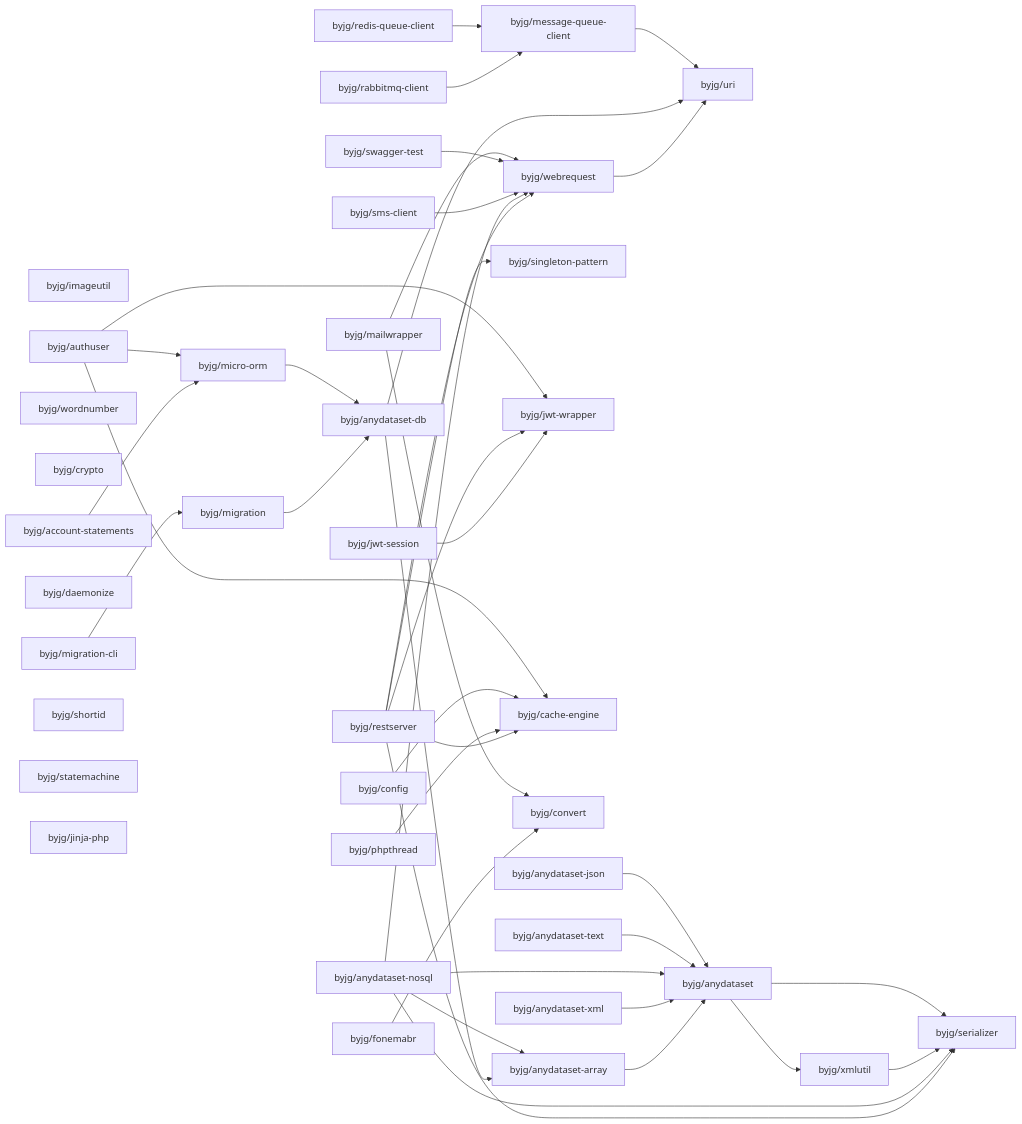
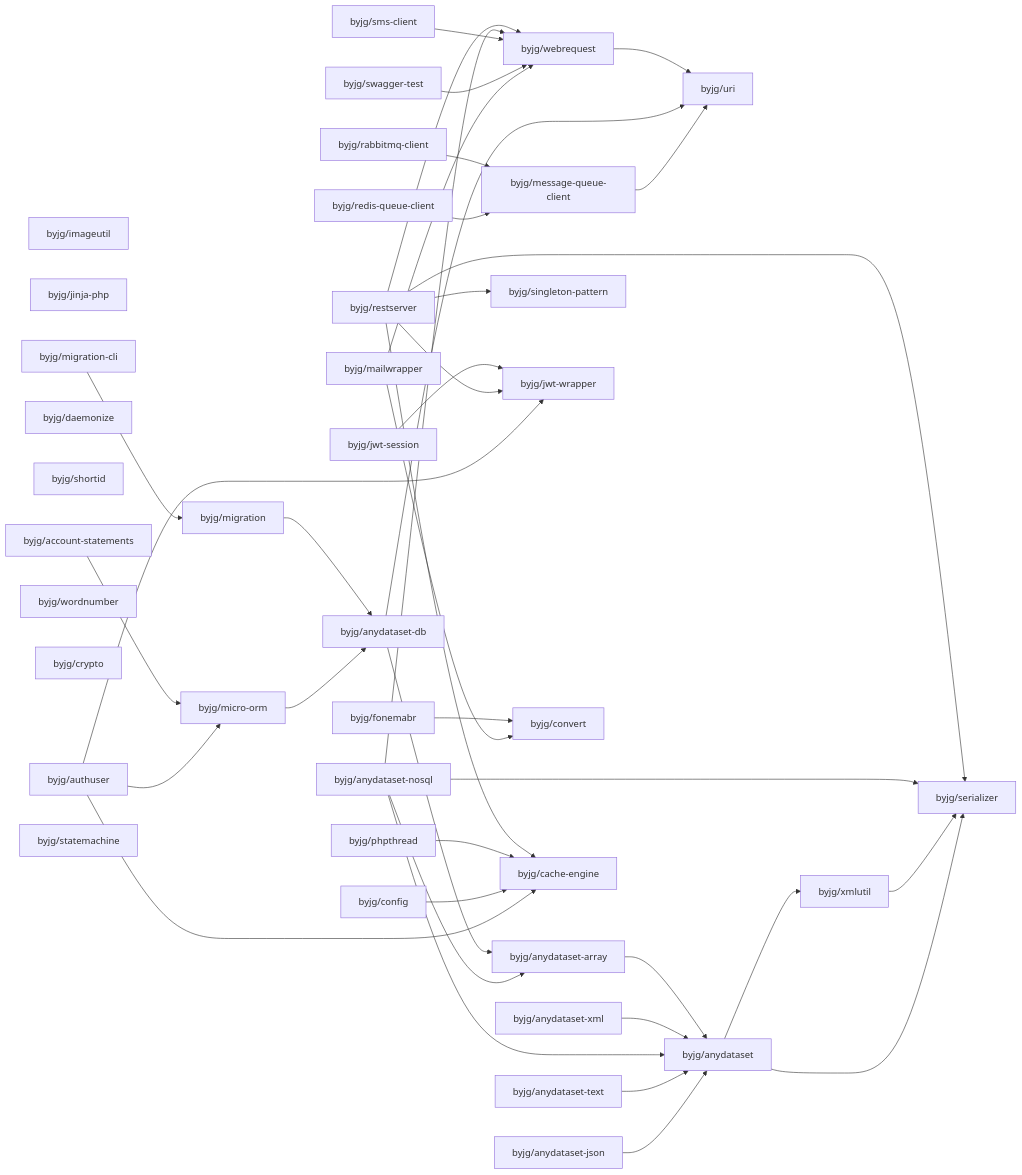
Before and after one commit to byjg/byjg.github.io: the diagram in docs/php/README.md, drawn with Mermaid. The commit also changed other lines of this file, not shown here.

Commit message:
Update documentation 'php' 'php-migration'

````diff
--- a/docs/php/README.md
+++ b/docs/php/README.md
@@ -3,78 +3,78 @@
 ```mermaid
 graph LR;
+  byjg/anydataset-xml;
+  byjg/rabbitmq-client;
+  byjg/imageutil;
+  byjg/fonemabr;
+  byjg/jwt-session;
+  byjg/jinja-php;
+  byjg/account-statements;
+  byjg/daemonize;
+  byjg/shortid;
+  byjg/migration-cli;
+  byjg/wordnumber;
+  byjg/redis-queue-client;
+  byjg/sms-client;
+  byjg/phpthread;
+  byjg/anydataset-json;
   byjg/restserver;
-  byjg/jwt-session;
-  byjg/anydataset-xml;
-  byjg/imageutil;
+  byjg/crypto;
+  byjg/swagger-test;
   byjg/authuser;
-  byjg/fonemabr;
-  byjg/wordnumber;
-  byjg/crypto;
-  byjg/account-statements;
-  byjg/swagger-test;
+  byjg/anydataset-text;
+  byjg/mailwrapper;
+  byjg/anydataset-nosql;
+  byjg/statemachine;
   byjg/config;
-  byjg/anydataset-nosql;
-  byjg/daemonize;
-  byjg/sms-client;
-  byjg/migration-cli;
-  byjg/shortid;
-  byjg/anydataset-json;
-  byjg/statemachine;
-  byjg/anydataset-text;
-  byjg/phpthread;
-  byjg/mailwrapper;
-  byjg/redis-queue-client;
-  byjg/jinja-php;
-  byjg/rabbitmq-client;
+  byjg/migration;
+  byjg/message-queue-client;
   byjg/singleton-pattern;
+  byjg/micro-orm;
   byjg/jwt-wrapper;
-  byjg/micro-orm;
-  byjg/migration;
-  byjg/cache-engine;
   byjg/convert;
   byjg/webrequest;
-  byjg/message-queue-client;
+  byjg/cache-engine;
   byjg/anydataset-db;
   byjg/anydataset-array;
   byjg/uri;
   byjg/anydataset;
   byjg/xmlutil;
   byjg/serializer;
   byjg/account-statements --> byjg/micro-orm;
   byjg/fonemabr --> byjg/convert;
   byjg/webrequest --> byjg/uri;
   byjg/anydataset-array --> byjg/anydataset;
   byjg/anydataset-xml --> byjg/anydataset;
   byjg/rabbitmq-client --> byjg/message-queue-client;
   byjg/redis-queue-client --> byjg/message-queue-client;
   byjg/jwt-session --> byjg/jwt-wrapper;
   byjg/anydataset-db --> byjg/anydataset-array;
   byjg/anydataset-db --> byjg/uri;
   byjg/restserver --> byjg/serializer;
   byjg/restserver --> byjg/singleton-pattern;
   byjg/restserver --> byjg/cache-engine;
   byjg/restserver --> byjg/webrequest;
   byjg/restserver --> byjg/jwt-wrapper;
   byjg/migration --> byjg/anydataset-db;
   byjg/anydataset-nosql --> byjg/anydataset;
   byjg/anydataset-nosql --> byjg/anydataset-array;
   byjg/anydataset-nosql --> byjg/serializer;
   byjg/anydataset-nosql --> byjg/webrequest;
   byjg/phpthread --> byjg/cache-engine;
   byjg/sms-client --> byjg/webrequest;
   byjg/swagger-test --> byjg/webrequest;
   byjg/migration-cli --> byjg/migration;
   byjg/config --> byjg/cache-engine;
   byjg/anydataset-text --> byjg/anydataset;
   byjg/micro-orm --> byjg/anydataset-db;
   byjg/authuser --> byjg/micro-orm;
   byjg/authuser --> byjg/cache-engine;
   byjg/authuser --> byjg/jwt-wrapper;
   byjg/anydataset-json --> byjg/anydataset;
   byjg/mailwrapper --> byjg/convert;
   byjg/mailwrapper --> byjg/webrequest;
   byjg/xmlutil --> byjg/serializer;
   byjg/anydataset --> byjg/serializer;
   byjg/anydataset --> byjg/xmlutil;
   byjg/message-queue-client --> byjg/uri;
 ```
````
